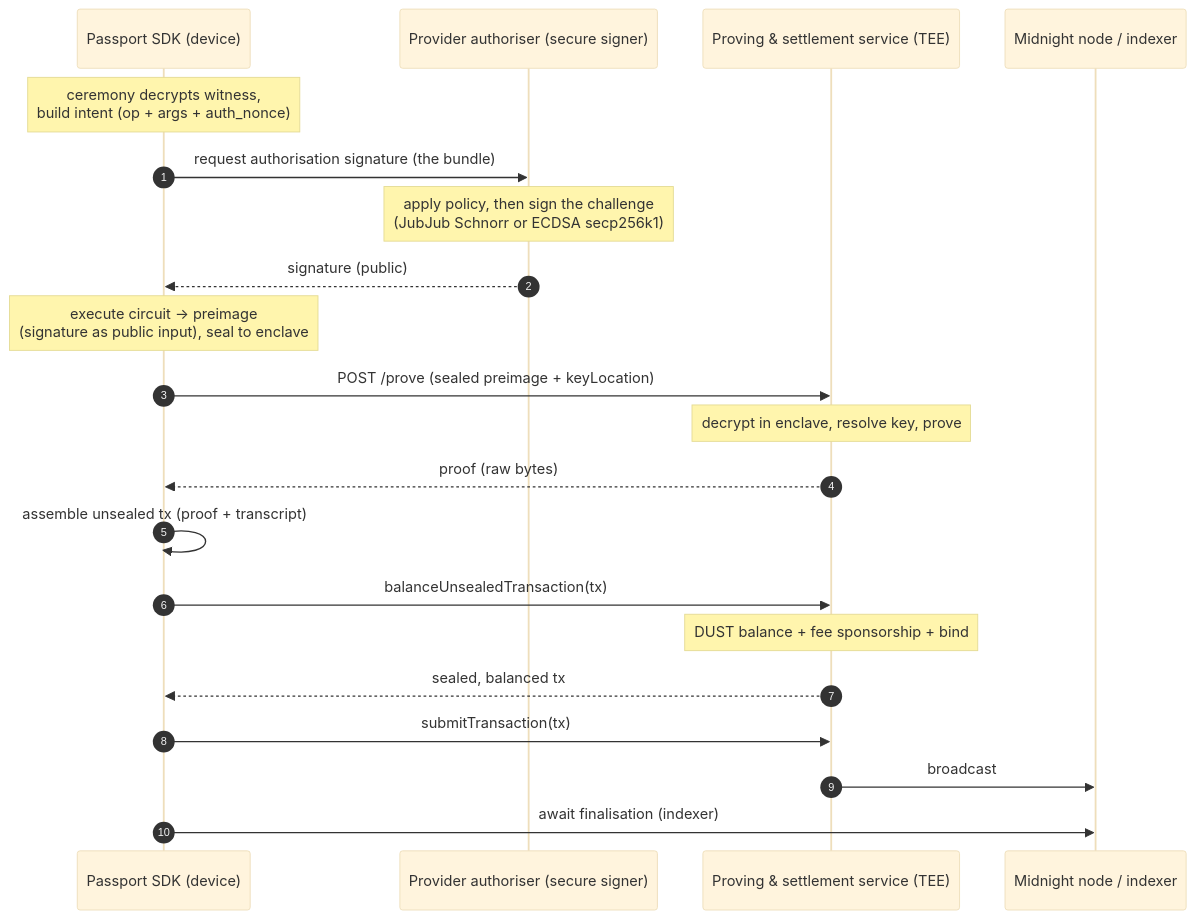
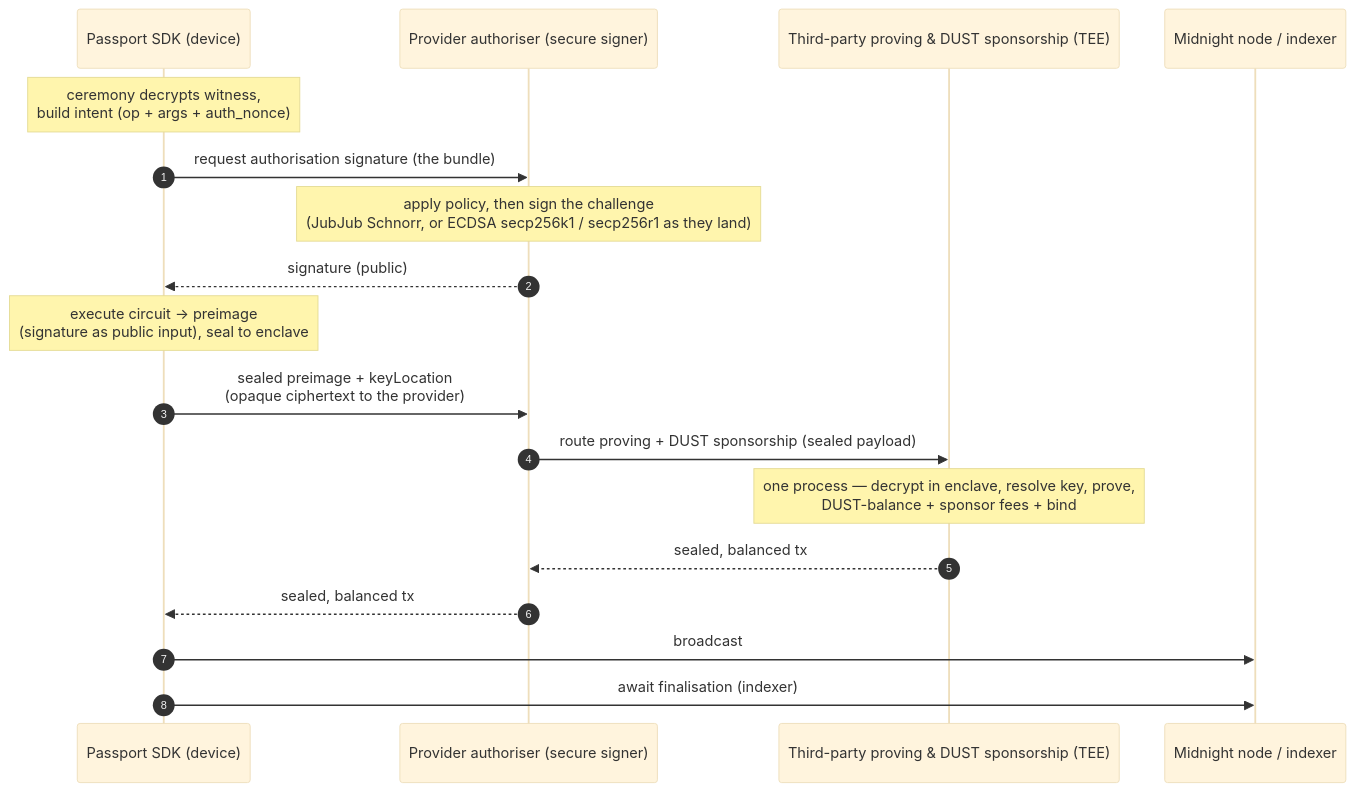
One commit to midnightntwrk/midnight-passport-sdk changed the second of 3 diagrams in docs/provider-integration.md. Above: the diagram before and after it, drawn with Mermaid (base theme). The commit also changed other lines of this file, not shown here.

First line of the commit message:
docs: provider routes proving; service settles in-process; SDK broadcasts

````diff
--- a/docs/provider-integration.md
+++ b/docs/provider-integration.md
@@ -112,24 +124,21 @@
 ```mermaid
 sequenceDiagram
   autonumber
   participant SDK as Passport SDK (device)
   participant PRV as Provider authoriser (secure signer)
-  participant SVC as Proving & settlement service (TEE)
+  participant SVC as Third-party proving & DUST sponsorship (TEE)
   participant NET as Midnight node / indexer
 
   Note over SDK: ceremony decrypts witness,<br/>build intent (op + args + auth_nonce)
   SDK->>PRV: request authorisation signature (the bundle)
-  Note over PRV: apply policy, then sign the challenge<br/>(JubJub Schnorr or ECDSA secp256k1)
+  Note over PRV: apply policy, then sign the challenge<br/>(JubJub Schnorr, or ECDSA secp256k1 / secp256r1 as they land)
   PRV-->>SDK: signature (public)
   Note over SDK: execute circuit → preimage<br/>(signature as public input), seal to enclave
-  SDK->>SVC: POST /prove (sealed preimage + keyLocation)
-  Note over SVC: decrypt in enclave, resolve key, prove
-  SVC-->>SDK: proof (raw bytes)
-  SDK->>SDK: assemble unsealed tx (proof + transcript)
-  SDK->>SVC: balanceUnsealedTransaction(tx)
-  Note over SVC: DUST balance + fee sponsorship + bind
-  SVC-->>SDK: sealed, balanced tx
-  SDK->>SVC: submitTransaction(tx)
-  SVC->>NET: broadcast
+  SDK->>PRV: sealed preimage + keyLocation<br/>(opaque ciphertext to the provider)
+  PRV->>SVC: route proving + DUST sponsorship (sealed payload)
+  Note over SVC: one process — decrypt in enclave, resolve key, prove,<br/>DUST-balance + sponsor fees + bind
+  SVC-->>PRV: sealed, balanced tx
+  PRV-->>SDK: sealed, balanced tx
+  SDK->>NET: broadcast
   SDK->>NET: await finalisation (indexer)
 ```
````
